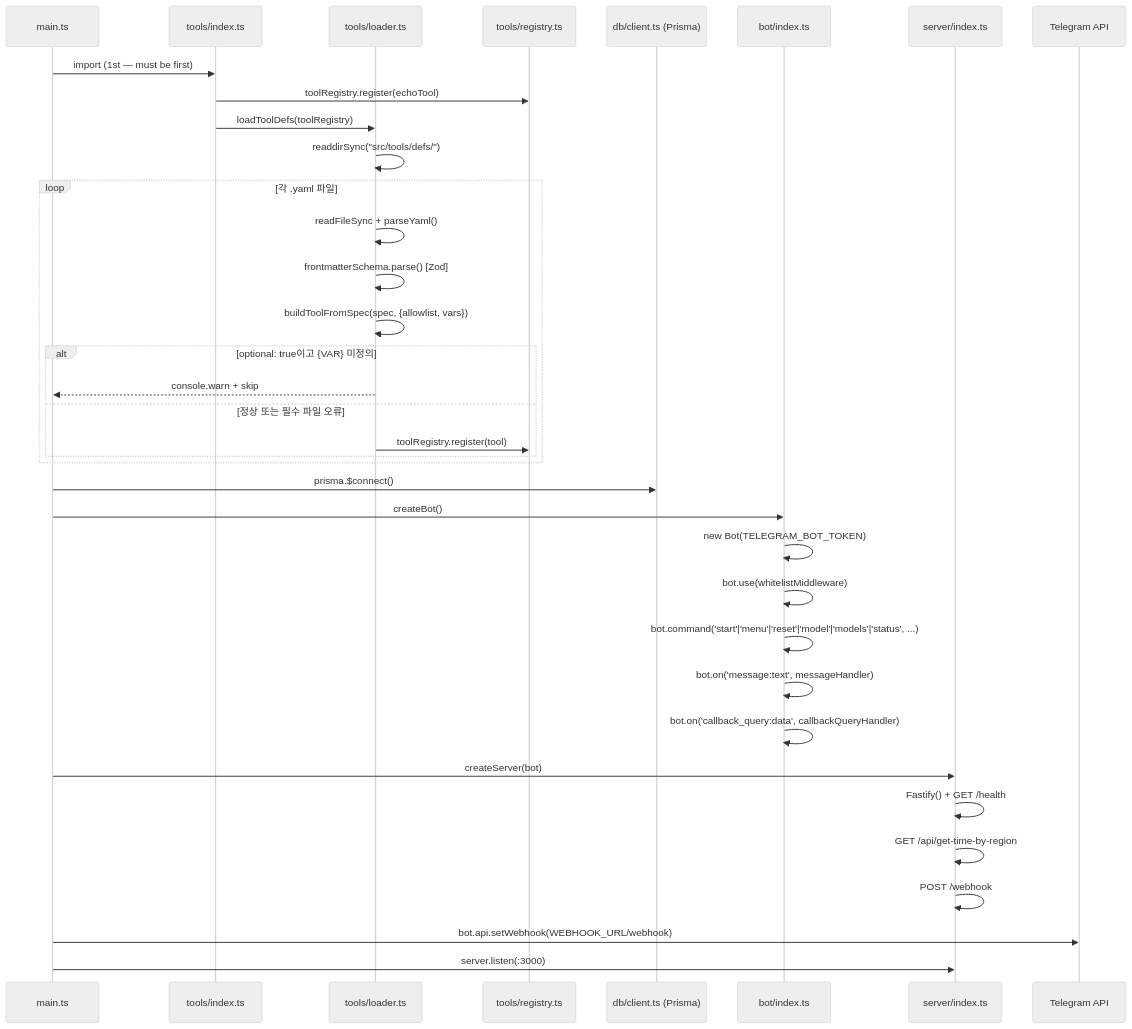
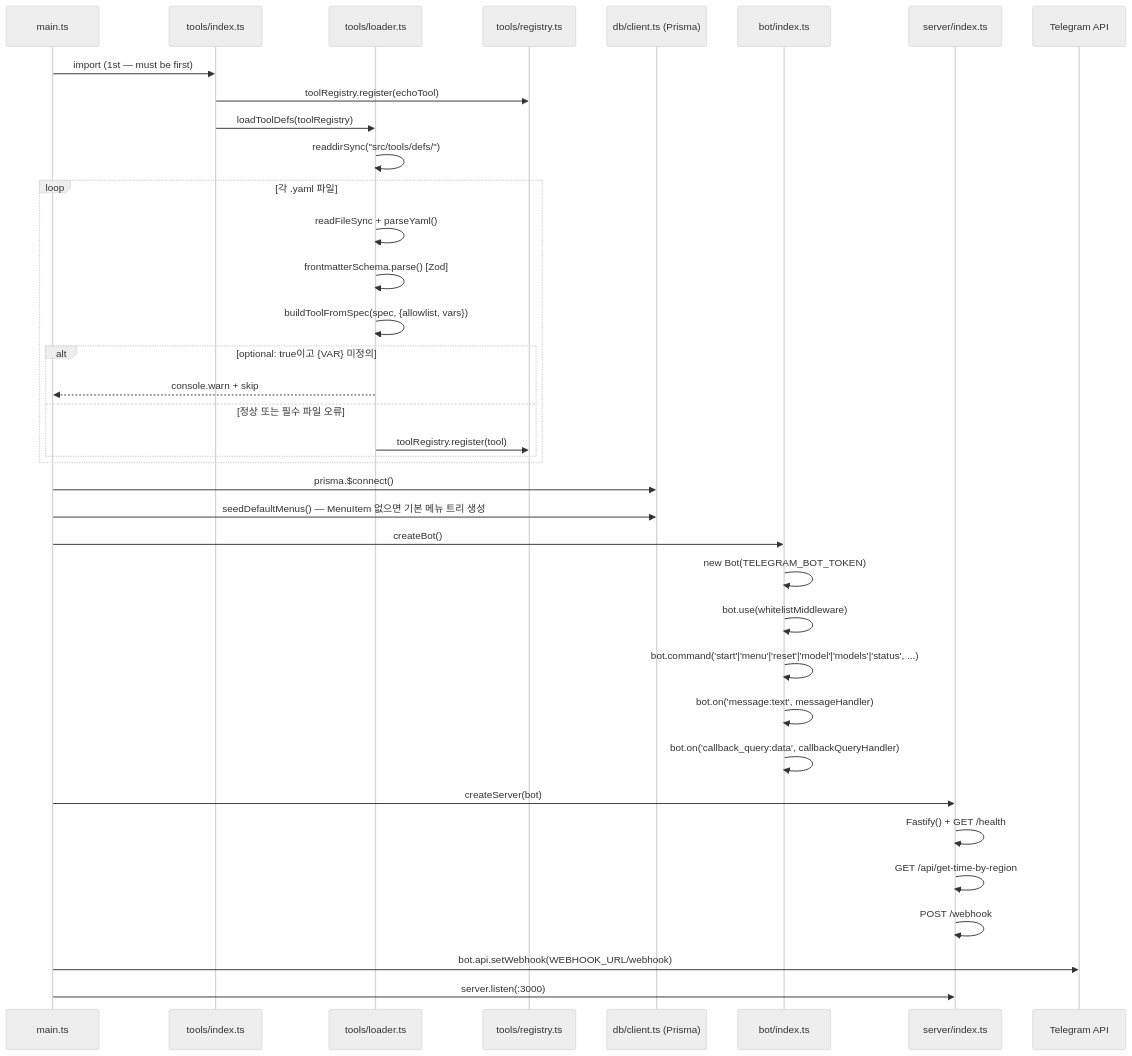
Before and after one commit to cutefly/chatbot-project: the second of 11 diagrams in docs/architecture.md, drawn with Mermaid (neutral theme). The commit also changed other lines of this file and 1 other file, not shown here.

First line of the commit message:
docs: update AGENTS.md and architecture.md for menu system

````diff
--- a/docs/architecture.md
+++ b/docs/architecture.md
@@ -38,39 +38,40 @@
 ```mermaid
 sequenceDiagram
     participant M as main.ts
     participant TI as tools/index.ts
     participant L as tools/loader.ts
     participant R as tools/registry.ts
     participant DB as db/client.ts (Prisma)
     participant B as bot/index.ts
     participant S as server/index.ts
     participant TG as Telegram API
 
     M->>TI: import (1st — must be first)
     TI->>R: toolRegistry.register(echoTool)
     TI->>L: loadToolDefs(toolRegistry)
     L->>L: readdirSync("src/tools/defs/")
     loop 각 .yaml 파일
         L->>L: readFileSync + parseYaml()
         L->>L: frontmatterSchema.parse() [Zod]
         L->>L: buildToolFromSpec(spec, {allowlist, vars})
         alt optional: true이고 {VAR} 미정의
             L-->>M: console.warn + skip
         else 정상 또는 필수 파일 오류
             L->>R: toolRegistry.register(tool)
         end
     end
     M->>DB: prisma.$connect()
+    M->>DB: seedDefaultMenus() — MenuItem 없으면 기본 메뉴 트리 생성
     M->>B: createBot()
     B->>B: new Bot(TELEGRAM_BOT_TOKEN)
     B->>B: bot.use(whitelistMiddleware)
     B->>B: bot.command('start'|'menu'|'reset'|'model'|'models'|'status', ...)
     B->>B: bot.on('message:text', messageHandler)
     B->>B: bot.on('callback_query:data', callbackQueryHandler)
     M->>S: createServer(bot)
     S->>S: Fastify() + GET /health
     S->>S: GET /api/get-time-by-region
     S->>S: POST /webhook
     M->>TG: bot.api.setWebhook(WEBHOOK_URL/webhook)
     M->>S: server.listen(:3000)
 ```
````
